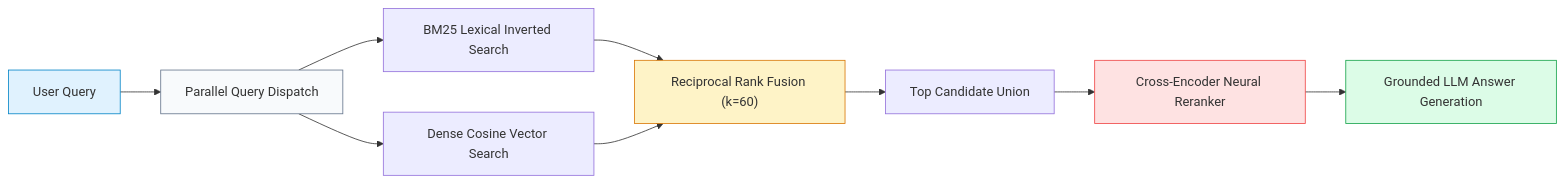
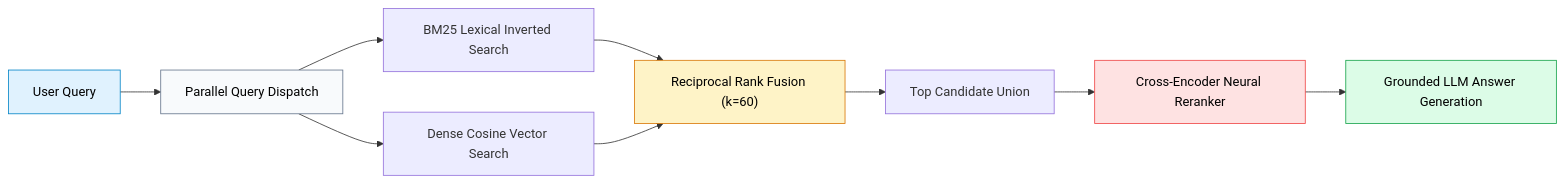
The third of 3 diagrams in 10-Hands-On-Projects/08-Hybrid-Search-RAG/README.md (swapnil3104/RAG-Engineering), drawn with Mermaid before and after one commit. The commit also changed other lines of this file and 108 other files, not shown here.

Commit message:
fix: make chart text visible across all Mermaid diagrams and resolve markdown table formatting issues

````diff
--- a/10-Hands-On-Projects/08-Hybrid-Search-RAG/README.md
+++ b/10-Hands-On-Projects/08-Hybrid-Search-RAG/README.md
@@ -499,17 +499,17 @@
 ```mermaid
 flowchart LR
     Query["User Query"] --> Fork["Parallel Query Dispatch"]
     Fork --> BM25["BM25 Lexical Inverted Search"]
     Fork --> HNSW["Dense Cosine Vector Search"]
     BM25 --> RRF["Reciprocal Rank Fusion (k=60)"]
     HNSW --> RRF
     RRF --> TopCandidates["Top Candidate Union"]
     TopCandidates --> Rerank["Cross-Encoder Neural Reranker"]
     Rerank --> GroundedLLM["Grounded LLM Answer Generation"]
 
-    style Query fill:#e0f2fe,stroke:#0284c7
-    style Fork fill:#f8fafc,stroke:#64748b
-    style RRF fill:#fef3c7,stroke:#d97706
-    style Rerank fill:#fee2e2,stroke:#ef4444
-    style GroundedLLM fill:#dcfce7,stroke:#16a34a
+    style Query fill:#e0f2fe,stroke:#0284c7,color:#000000
+    style Fork fill:#f8fafc,stroke:#64748b,color:#000000
+    style RRF fill:#fef3c7,stroke:#d97706,color:#000000
+    style Rerank fill:#fee2e2,stroke:#ef4444,color:#000000
+    style GroundedLLM fill:#dcfce7,stroke:#16a34a,color:#000000
 ```
````
